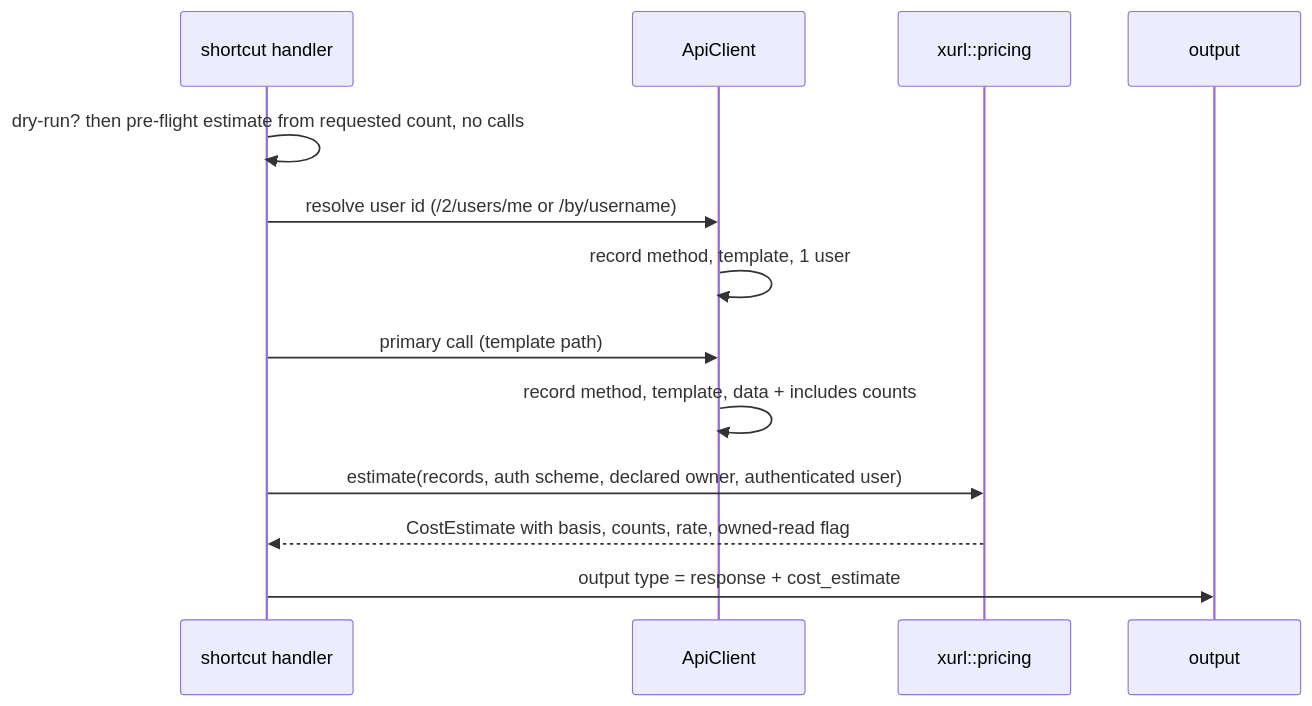
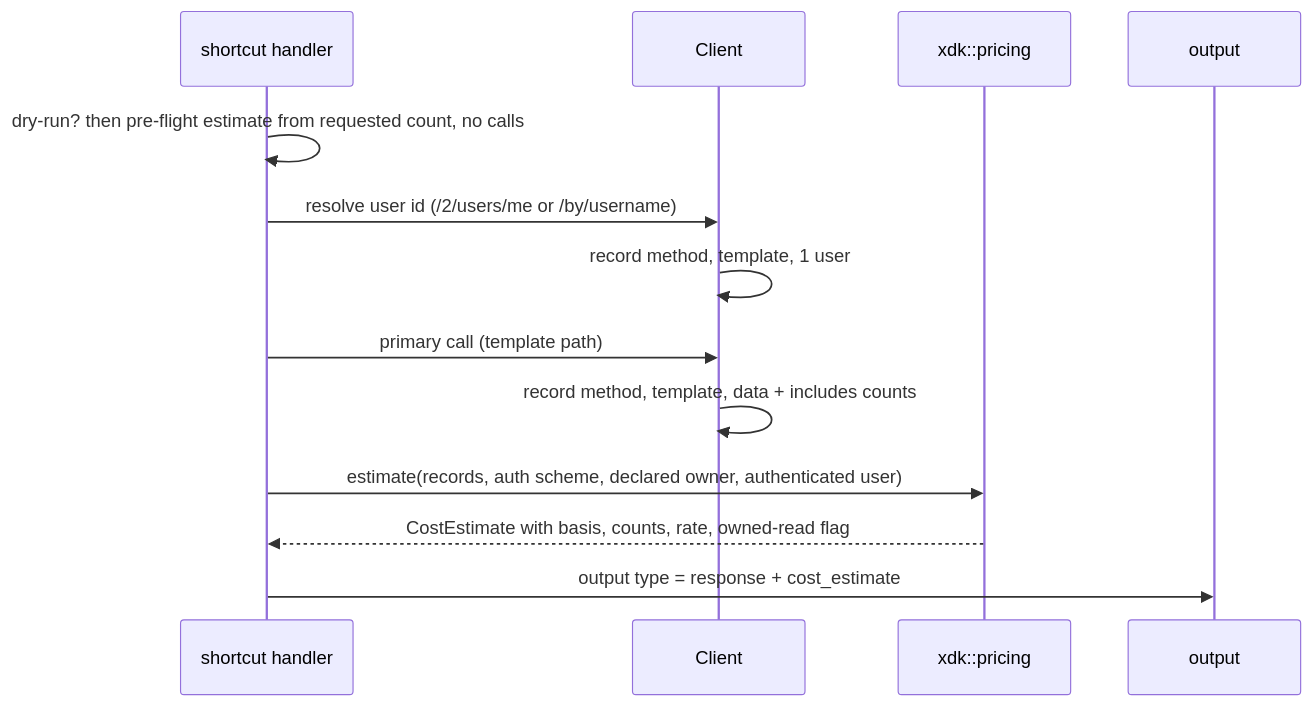
Before and after one commit to brettdavies/xurl-rs: the second of 3 diagrams in docs/plans/2026-09-03-1310-feat-pricing-cost-estimates-doctor-plan.md, drawn with Mermaid. The commit also changed other lines of this file and 6 other files, not shown here.

````diff
--- a/docs/plans/2026-09-03-1310-feat-pricing-cost-estimates-doctor-plan.md
+++ b/docs/plans/2026-09-03-1310-feat-pricing-cost-estimates-doctor-plan.md
@@ -371,15 +375,15 @@
 ```mermaid
 sequenceDiagram
   participant H as shortcut handler
-  participant C as ApiClient
-  participant P as xurl::pricing
+  participant C as Client
+  participant P as xdk::pricing
   participant O as output
   H->>H: dry-run? then pre-flight estimate from requested count, no calls
   H->>C: resolve user id (/2/users/me or /by/username)
   C->>C: record method, template, 1 user
   H->>C: primary call (template path)
   C->>C: record method, template, data + includes counts
   H->>P: estimate(records, auth scheme, declared owner, authenticated user)
   P-->>H: CostEstimate with basis, counts, rate, owned-read flag
   H->>O: output type = response + cost_estimate
 ```
````
